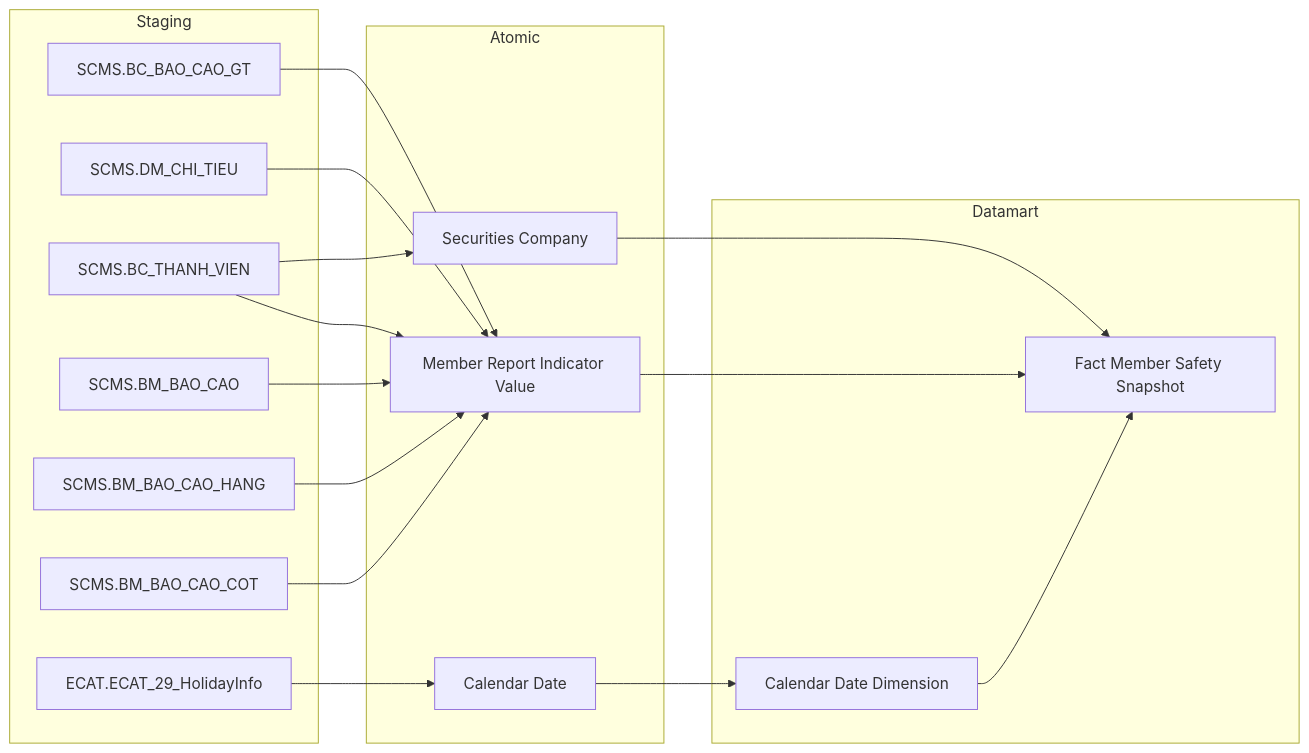
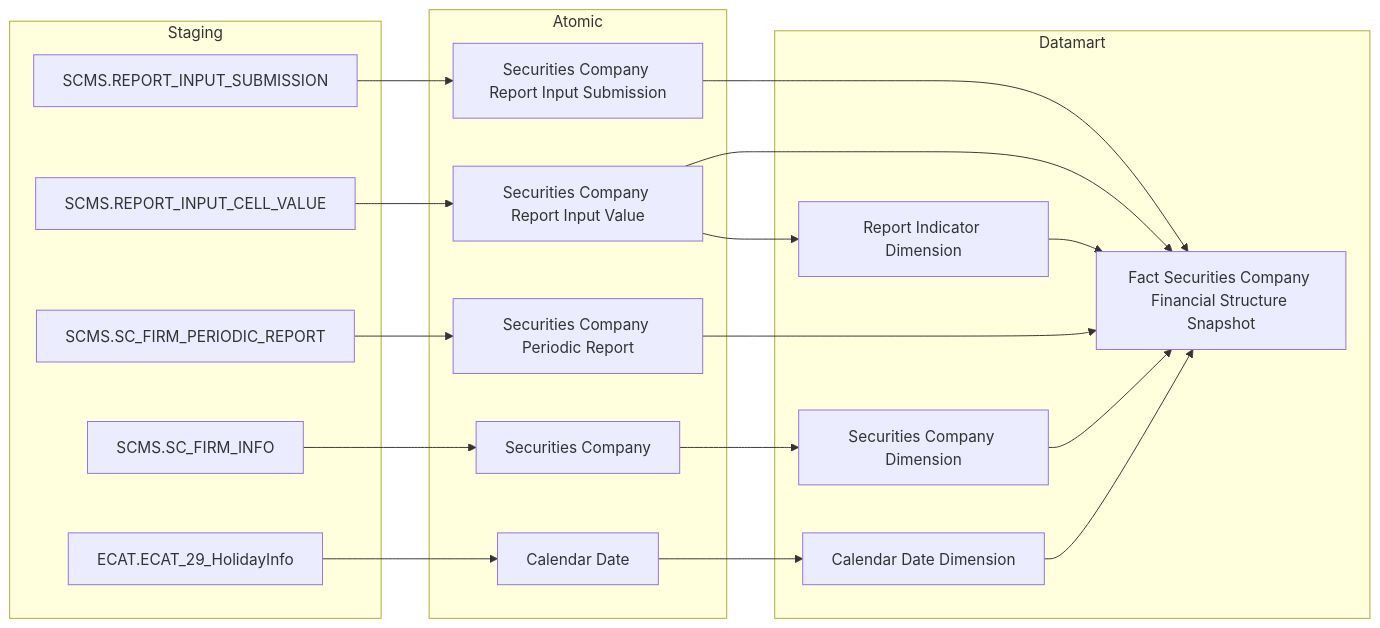
Before and after one commit to linhlvit/ubck_atomic_design: the tenth of 58 diagrams in Datamart/hld/DTM_PTTT_HLD.md, drawn with Mermaid. The commit also changed other lines of this file and 9 other files, not shown here.

Commit message:
feat(PTTT): update phan he : PTTT - unblock 102 KPI, them fct_macro_indicator_snpst va dong O_PTTT_11, O_PTTT_13

````diff
--- a/Datamart/hld/DTM_PTTT_HLD.md
+++ b/Datamart/hld/DTM_PTTT_HLD.md
@@ -314,33 +339,37 @@
 ```mermaid
 flowchart LR
     subgraph SRC["Staging"]
-        SCMS_BC_BAO_CAO_GT10["SCMS.BC_BAO_CAO_GT"]
-        SCMS_DM_CHI_TIEU10["SCMS.DM_CHI_TIEU"]
-        SCMS_BC_THANH_VIEN10["SCMS.BC_THANH_VIEN"]
-        SCMS_BM_BAO_CAO10["SCMS.BM_BAO_CAO"]
-        SCMS_BM_BAO_CAO_HANG10["SCMS.BM_BAO_CAO_HANG"]
-        SCMS_BM_BAO_CAO_COT10["SCMS.BM_BAO_CAO_COT"]
-        ECAT_ECAT_29_HolidayInfo10["ECAT.ECAT_29_HolidayInfo"]
+        SCMS_SUBMISSION["SCMS.REPORT_INPUT_SUBMISSION"]
+        SCMS_CELL_VALUE["SCMS.REPORT_INPUT_CELL_VALUE"]
+        SCMS_PERIODIC["SCMS.SC_FIRM_PERIODIC_REPORT"]
+        SCMS_FIRM_INFO["SCMS.SC_FIRM_INFO"]
+        ECAT_HolidayInfo10["ECAT.ECAT_29_HolidayInfo"]
     end
     subgraph SIL["Atomic"]
-        Member_Report_Indicator_Value10["Member Report Indicator Value"]
+        sc_report_input_submission["Securities Company Report Input Submission"]
+        sc_report_input_value["Securities Company Report Input Value"]
+        sc_periodic_report["Securities Company Periodic Report"]
         Securities_Company10["Securities Company"]
         Calendar_Date10["Calendar Date"]
     end
     subgraph GOLD["Datamart"]
-        fct_mbr_sfty_snpst["Fact Member Safety Snapshot"]
+        fct_sc_financial_structure["Fact Securities Company Financial Structure Snapshot"]
+        securities_company_dim["Securities Company Dimension"]
+        report_indicator_dim["Report Indicator Dimension"]
         cdr_dt_dim10["Calendar Date Dimension"]
     end
-    SCMS_BC_BAO_CAO_GT10 --> Member_Report_Indicator_Value10
-    SCMS_DM_CHI_TIEU10 --> Member_Report_Indicator_Value10
-    SCMS_BC_THANH_VIEN10 --> Member_Report_Indicator_Value10
-    SCMS_BM_BAO_CAO10 --> Member_Report_Indicator_Value10
-    SCMS_BM_BAO_CAO_HANG10 --> Member_Report_Indicator_Value10
-    SCMS_BM_BAO_CAO_COT10 --> Member_Report_Indicator_Value10
-    SCMS_BC_THANH_VIEN10 --> Securities_Company10
-    ECAT_ECAT_29_HolidayInfo10 --> Calendar_Date10
-    Member_Report_Indicator_Value10 --> fct_mbr_sfty_snpst
-    Securities_Company10 --> fct_mbr_sfty_snpst
+    SCMS_SUBMISSION --> sc_report_input_submission
+    SCMS_CELL_VALUE --> sc_report_input_value
+    SCMS_PERIODIC --> sc_periodic_report
+    SCMS_FIRM_INFO --> Securities_Company10
+    ECAT_HolidayInfo10 --> Calendar_Date10
+    sc_report_input_submission --> fct_sc_financial_structure
+    sc_report_input_value --> fct_sc_financial_structure
+    sc_periodic_report --> fct_sc_financial_structure
+    sc_report_input_value --> report_indicator_dim
+    Securities_Company10 --> securities_company_dim
     Calendar_Date10 --> cdr_dt_dim10
-    cdr_dt_dim10 --> fct_mbr_sfty_snpst
+    securities_company_dim --> fct_sc_financial_structure
+    report_indicator_dim --> fct_sc_financial_structure
+    cdr_dt_dim10 --> fct_sc_financial_structure
 ```
````
